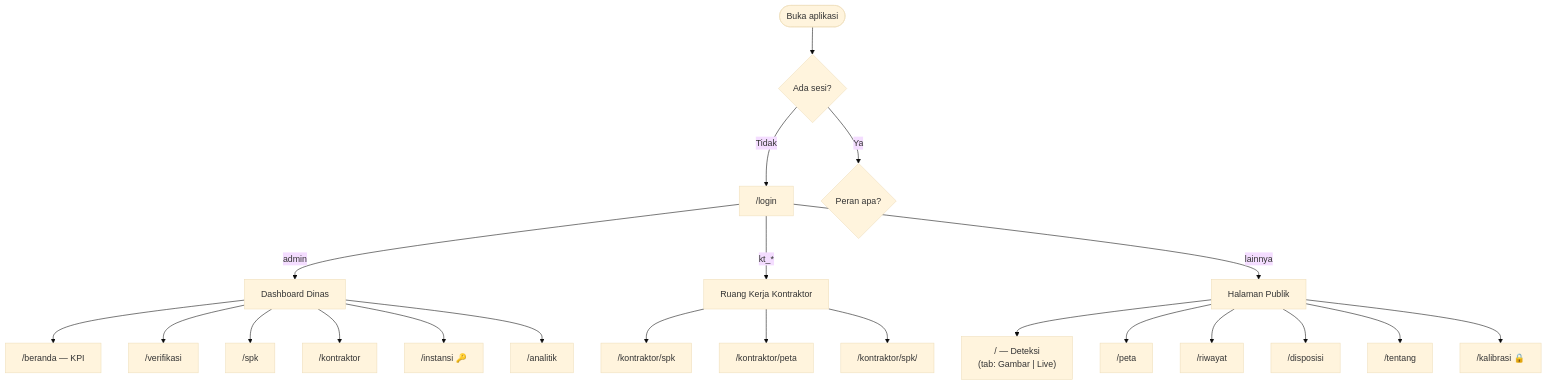
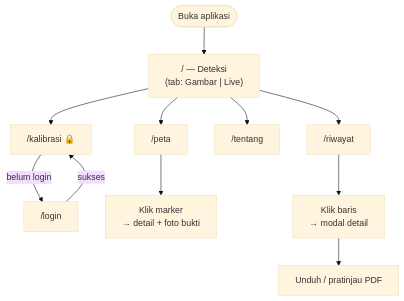
One commit to rachmatx/jalan-pantau changed the first of 6 diagrams in docs/User-Flow.md. Above: the diagram before and after it, drawn with Mermaid (base theme). The commit also changed other lines of this file and 12 other files, not shown here.

First line of the commit message:
Selaraskan dokumen & angka akurasi ke YOLOv11s (satu peran admin)

````diff
--- a/docs/User-Flow.md
+++ b/docs/User-Flow.md
@@ -97,31 +100,16 @@
 ```mermaid
 graph TD
-    START([Buka aplikasi]) --> LOGIN{Ada sesi?}
-    LOGIN -->|Tidak| LOGIN_PAGE["/login"]
-    LOGIN -->|Ya| CEK{Peran apa?}
+    START([Buka aplikasi]) --> HOME["/ — Deteksi<br/>(tab: Gambar | Live)"]
 
-    LOGIN_PAGE -->|"admin"| DASH
-    LOGIN_PAGE -->|"kt_*"| KT_DASH
-    LOGIN_PAGE -->|lainnya| PUBLIK
+    HOME --> PETA["/peta"]
+    HOME --> RIWAYAT["/riwayat"]
+    HOME --> TENTANG["/tentang"]
+    HOME --> KALIBRASI["/kalibrasi 🔒"]
 
-    PUBLIK["Halaman Publik"]
-    PUBLIK --> HOME["/ — Deteksi<br/>(tab: Gambar | Live)"]
-    PUBLIK --> PETA["/peta"]
-    PUBLIK --> RIWAYAT["/riwayat"]
-    PUBLIK --> DISPOSISI["/disposisi"]
-    PUBLIK --> TENTANG["/tentang"]
-    PUBLIK --> KALIBRASI["/kalibrasi 🔒"]
+    KALIBRASI -->|belum login| LOGIN["/login"]
+    LOGIN -->|sukses| KALIBRASI
 
-    DASH["Dashboard Dinas"]
-    DASH --> D_BERANDA["/beranda — KPI"]
-    DASH --> D_VERIFIKASI["/verifikasi"]
-    DASH --> D_SPK["/spk"]
-    DASH --> D_KONTRAKTOR["/kontraktor"]
-    DASH --> D_INSTANSI["/instansi 🔑"]
-    DASH --> D_ANALITIK["/analitik"]
-
-    KT_DASH["Ruang Kerja Kontraktor"]
-    KT_DASH --> K_SPK["/kontraktor/spk"]
-    KT_DASH --> K_PETA["/kontraktor/peta"]
-    KT_DASH --> K_DETAIL["/kontraktor/spk/<id>"]
+    PETA --> DETAIL["Klik marker<br/>→ detail + foto bukti"]
+    RIWAYAT --> DETAILR["Klik baris<br/>→ modal detail"]
+    DETAILR --> PDF["Unduh / pratinjau PDF"]
 ```
````
